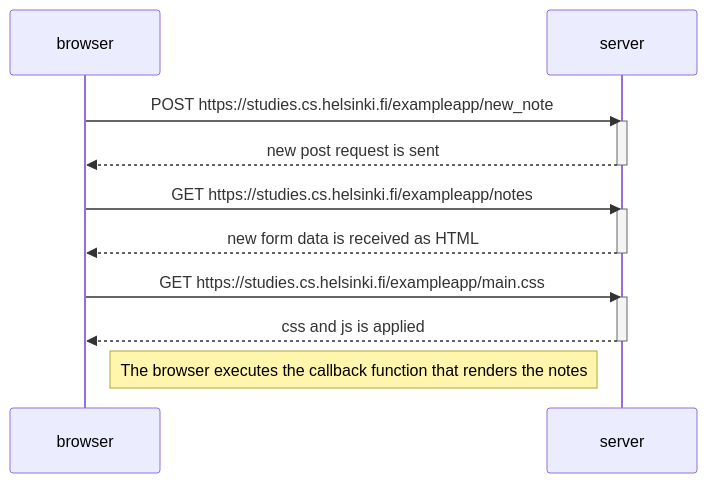
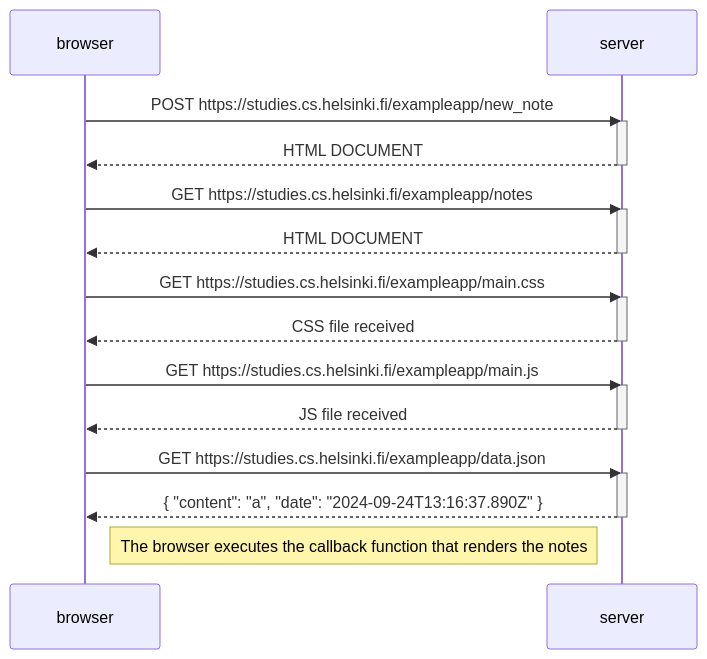
One commit to GopiWebDev/full_stack_open changed the diagram in part_0/new_note_diagram.md. Above: the diagram before and after it, drawn with Mermaid. The commit also changed 1 other file, not shown here.

Commit message:
completed first two exercises

````diff
--- a/part_0/new_note_diagram.md
+++ b/part_0/new_note_diagram.md
@@ -1,22 +1,32 @@
 ```mermaid
 sequenceDiagram
     participant browser
     participant server
 
     browser->>server: POST https://studies.cs.helsinki.fi/exampleapp/new_note
     activate server
-    server-->>browser: new post request is sent
+    server-->>browser: HTML DOCUMENT
     deactivate server
 
     browser->>server: GET https://studies.cs.helsinki.fi/exampleapp/notes
     activate server
-    server-->>browser: new form data is received as HTML
+    server-->>browser: HTML DOCUMENT
     deactivate server
 
     browser->>server: GET https://studies.cs.helsinki.fi/exampleapp/main.css
     activate server
-    server-->>browser: css and js is applied
+    server-->>browser: CSS file received
+    deactivate server
+
+    browser->>server: GET https://studies.cs.helsinki.fi/exampleapp/main.js
+    activate server
+    server-->>browser: JS file received
+    deactivate server
+
+    browser->>server: GET https://studies.cs.helsinki.fi/exampleapp/data.json
+    activate server
+    server-->>browser: { "content": "a", "date": "2024-09-24T13:16:37.890Z" }
     deactivate server
 
     Note right of browser: The browser executes the callback function that renders the notes
 ```
````
